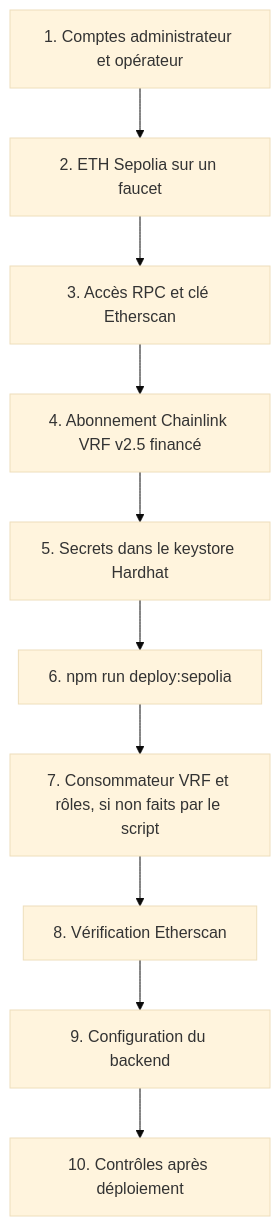
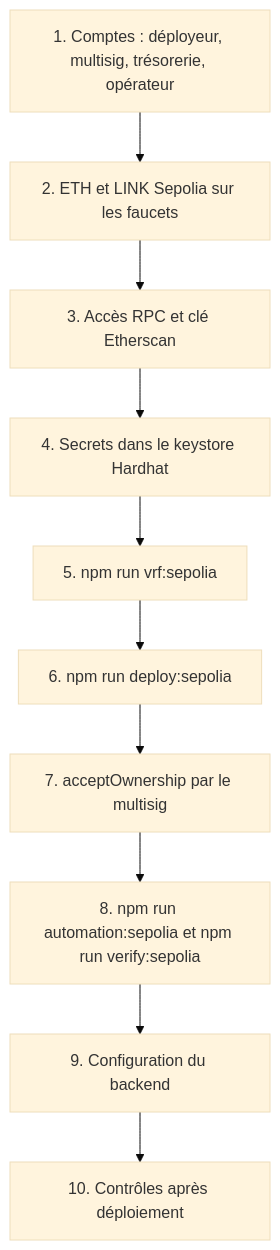
One commit to MarceauTDML/BlockLucky changed the diagram in documentation-officielle/content/smart-contracts/sepolia.md. Above: the diagram before and after it, drawn with Mermaid (base theme). The commit also changed other lines of this file and 402 other files, not shown here.

````diff
--- a/documentation-officielle/content/smart-contracts/sepolia.md
+++ b/documentation-officielle/content/smart-contracts/sepolia.md
@@ -10,12 +10,12 @@
 ```mermaid
 flowchart TD
-    a["1. Comptes administrateur et opérateur"] --> b["2. ETH Sepolia sur un faucet"]
+    a["1. Comptes : déployeur, multisig, trésorerie, opérateur"] --> b["2. ETH et LINK Sepolia sur les faucets"]
     b --> c["3. Accès RPC et clé Etherscan"]
-    c --> d["4. Abonnement Chainlink VRF v2.5 financé"]
-    d --> e["5. Secrets dans le keystore Hardhat"]
+    c --> d["4. Secrets dans le keystore Hardhat"]
+    d --> e["5. npm run vrf:sepolia"]
     e --> f["6. npm run deploy:sepolia"]
-    f --> g["7. Consommateur VRF et rôles, si non faits par le script"]
-    g --> h["8. Vérification Etherscan"]
+    f --> g["7. acceptOwnership par le multisig"]
+    g --> h["8. npm run automation:sepolia et npm run verify:sepolia"]
     h --> i["9. Configuration du backend"]
     i --> j["10. Contrôles après déploiement"]
 ```
````
